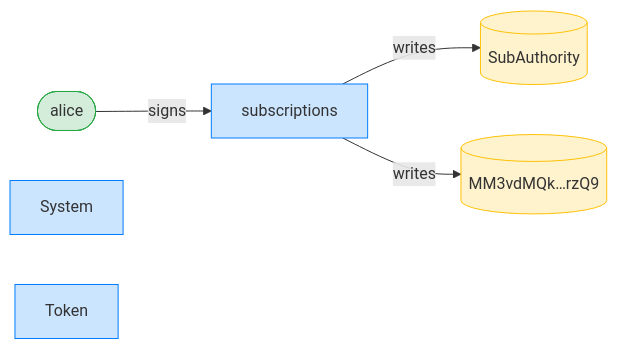
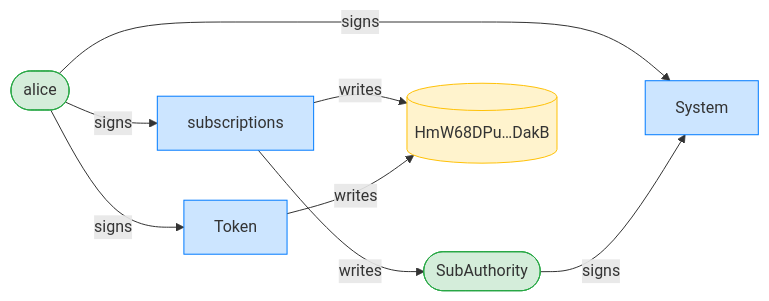
Before and after one commit to cds-rs/subscriptions: the third of 8 diagrams in dsl_tests/revoke--signer-accounts-must-sign.md, drawn with Mermaid. The commit also changed other lines of this file and 224 other files, not shown here.

````diff
--- a/dsl_tests/revoke--signer-accounts-must-sign.md
+++ b/dsl_tests/revoke--signer-accounts-must-sign.md
@@ -53,15 +54,19 @@
 ```mermaid
 flowchart LR
     classDef signer fill:#d4edda,stroke:#28a745;
     classDef program fill:#cce5ff,stroke:#007bff;
     classDef writable fill:#fff3cd,stroke:#ffc107;
     subscriptions[subscriptions]:::program
     alice([alice]):::signer
-    SubAuthority[(SubAuthority)]:::writable
-    MM3vdMQk_rzQ9[("MM3vdMQk…rzQ9")]:::writable
+    SubAuthority([SubAuthority]):::signer
+    HmW68DPu_DakB[("HmW68DPu…DakB")]:::writable
     System[System]:::program
     Token[Token]:::program
     alice -->|signs| subscriptions
+    alice -->|signs| System
+    SubAuthority -->|signs| System
+    alice -->|signs| Token
     subscriptions -->|writes| SubAuthority
-    subscriptions -->|writes| MM3vdMQk_rzQ9
+    subscriptions -->|writes| HmW68DPu_DakB
+    Token -->|writes| HmW68DPu_DakB
 ```
````
